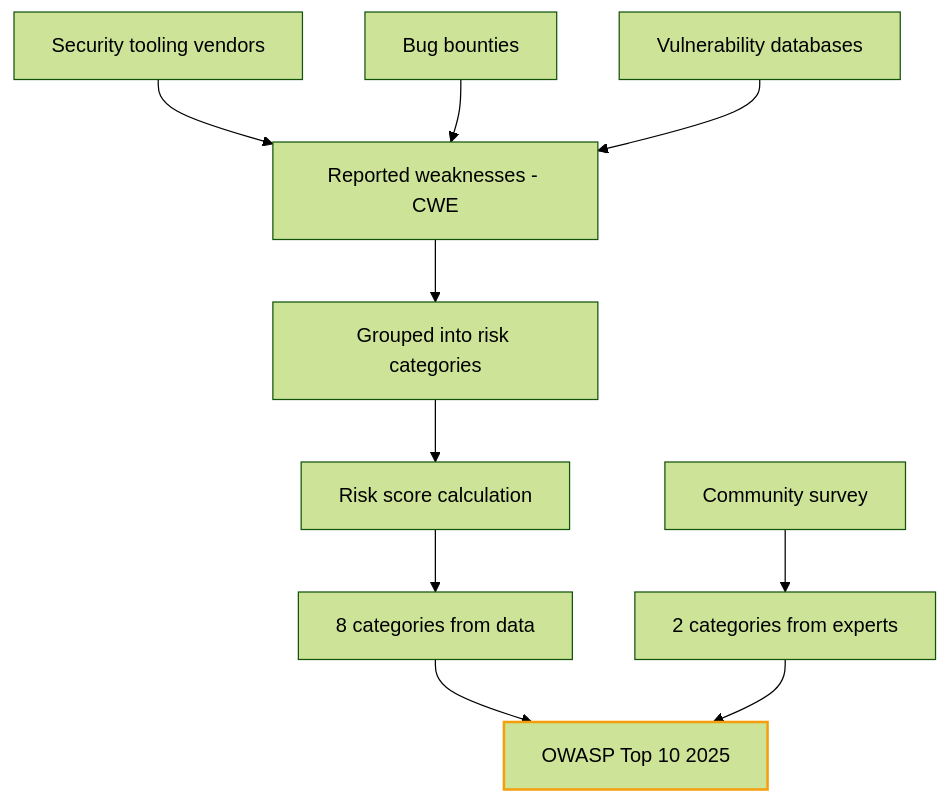
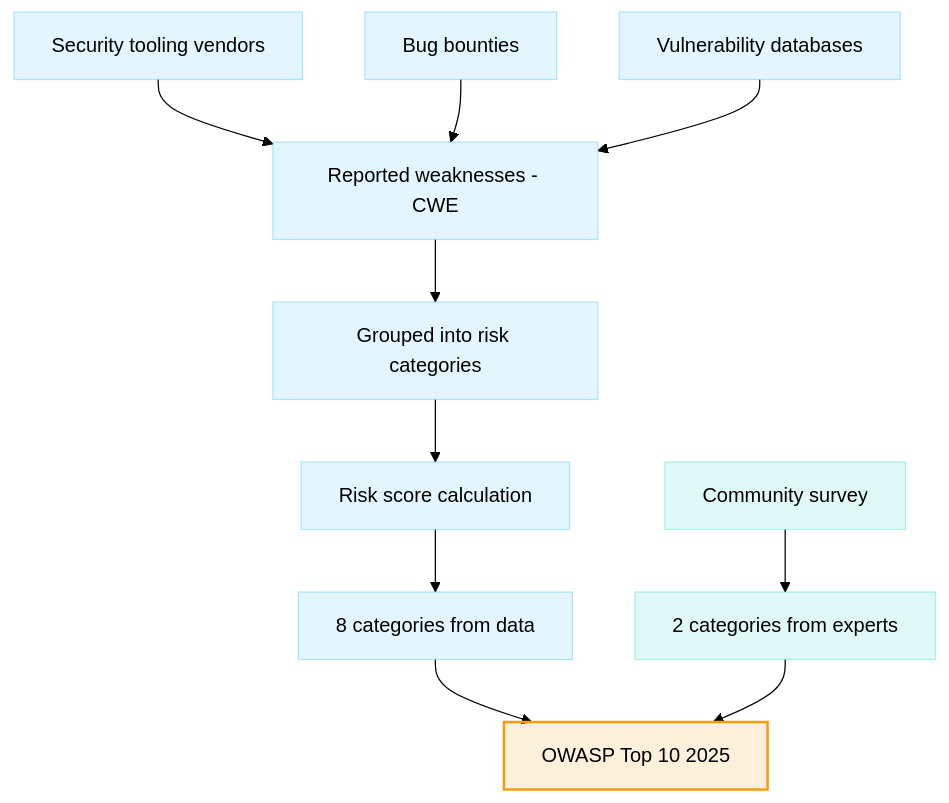
One commit to vojtechruz/vojtechruzicka-blog changed the first of 2 diagrams in src/posts/security/owasp-top-ten-2025/index.md. Above: the diagram before and after it, drawn with Mermaid (forest theme).

Commit message:
Better styling of owasp diagram

````diff
--- a/src/posts/security/owasp-top-ten-2025/index.md
+++ b/src/posts/security/owasp-top-ten-2025/index.md
@@ -116,15 +116,19 @@
 ```mermaid caption
 flowchart TD
     accTitle: How the OWASP Top 10 is compiled
     accDescr: Data from security tooling vendors, bug bounties and vulnerability databases is mapped to CWEs, grouped into risk categories and ranked by risk score. Eight categories come from the data, two from the community survey.
     V[Security tooling vendors] --> CWE[Reported weaknesses - CWE]
     BB[Bug bounties] --> CWE
     DB[Vulnerability databases] --> CWE
     CWE --> CAT[Grouped into risk categories]
     CAT --> SCORE["Risk score calculation"]
     SCORE --> DATA[8 categories from data]
     SURVEY[Community survey] --> EXPERT[2 categories from experts]
     DATA --> TOP[OWASP Top 10 2025]
     EXPERT --> TOP
-    style TOP stroke:#f59e0b,stroke-width:2px
+    classDef data fill:#38bdf824,stroke:#38bdf85c
+    classDef survey fill:#2dd4bf24,stroke:#2dd4bf5c
+    class V,BB,DB,CWE,CAT,SCORE,DATA data
+    class SURVEY,EXPERT survey
+    style TOP fill:#f59e0b24,stroke:#f59e0b,stroke-width:2px
 ```
````
